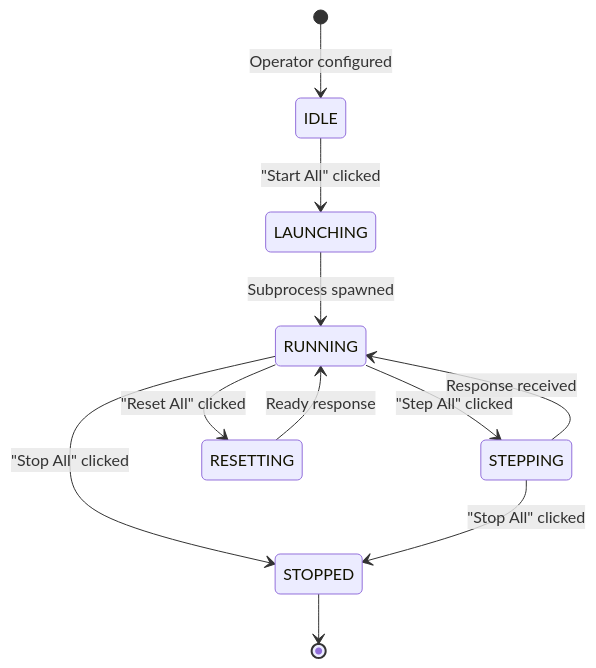
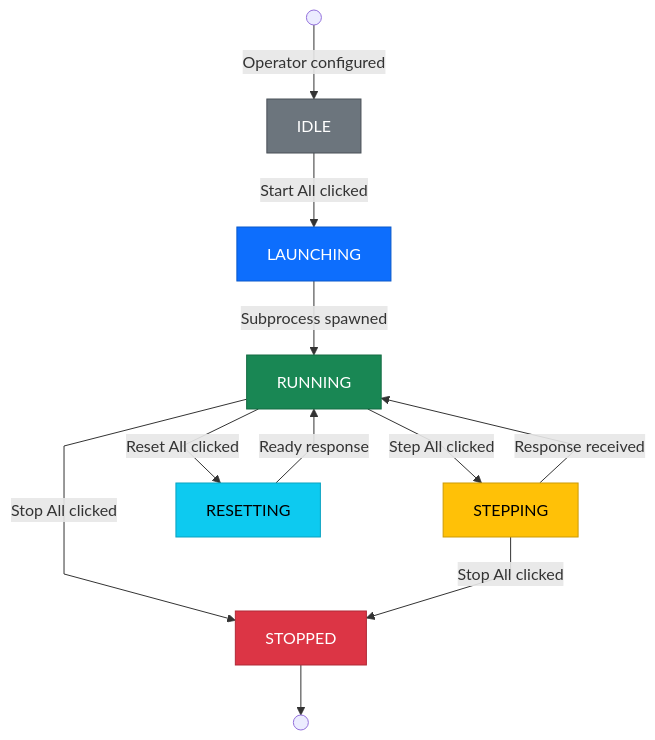
The first of 4 diagrams in docs/source/documents/architecture/operators/lifecycle.rst (Abdulhamid97Mousa/mosaic), drawn with Mermaid before and after one commit. The commit also changed other lines of this file and 37 other files, not shown here.

```diff
--- a/docs/source/documents/architecture/operators/lifecycle.rst
+++ b/docs/source/documents/architecture/operators/lifecycle.rst
@@ -39,16 +39,21 @@
 .. mermaid::
 
-   stateDiagram-v2
-       [*] --> IDLE : Operator configured
+   %%{init: {"flowchart": {"curve": "linear"}} }%%
+   graph TD
+       START(( )) -->|Operator configured| IDLE
+       IDLE -->|Start All clicked| LAUNCHING
+       LAUNCHING -->|Subprocess spawned| RUNNING
+       RUNNING -->|Step All clicked| STEPPING
+       STEPPING -->|Response received| RUNNING
+       RUNNING -->|Reset All clicked| RESETTING
+       RESETTING -->|Ready response| RUNNING
+       RUNNING -->|Stop All clicked| STOPPED
+       STEPPING -->|Stop All clicked| STOPPED
+       STOPPED --> END(( ))
 
-       IDLE --> LAUNCHING : "Start All" clicked
-       LAUNCHING --> RUNNING : Subprocess spawned
-       RUNNING --> STEPPING : "Step All" clicked
-       STEPPING --> RUNNING : Response received
-       RUNNING --> RESETTING : "Reset All" clicked
-       RESETTING --> RUNNING : Ready response
-
-       RUNNING --> STOPPED : "Stop All" clicked
-       STEPPING --> STOPPED : "Stop All" clicked
-
-       STOPPED --> [*]
+       style IDLE fill:#6c757d,stroke:#495057,color:#fff
+       style LAUNCHING fill:#0d6efd,stroke:#0a58ca,color:#fff
+       style RUNNING fill:#198754,stroke:#146c43,color:#fff
+       style STEPPING fill:#ffc107,stroke:#cc9a06,color:#000
+       style RESETTING fill:#0dcaf0,stroke:#0aa2c0,color:#000
+       style STOPPED fill:#dc3545,stroke:#b02a37,color:#fff
```
